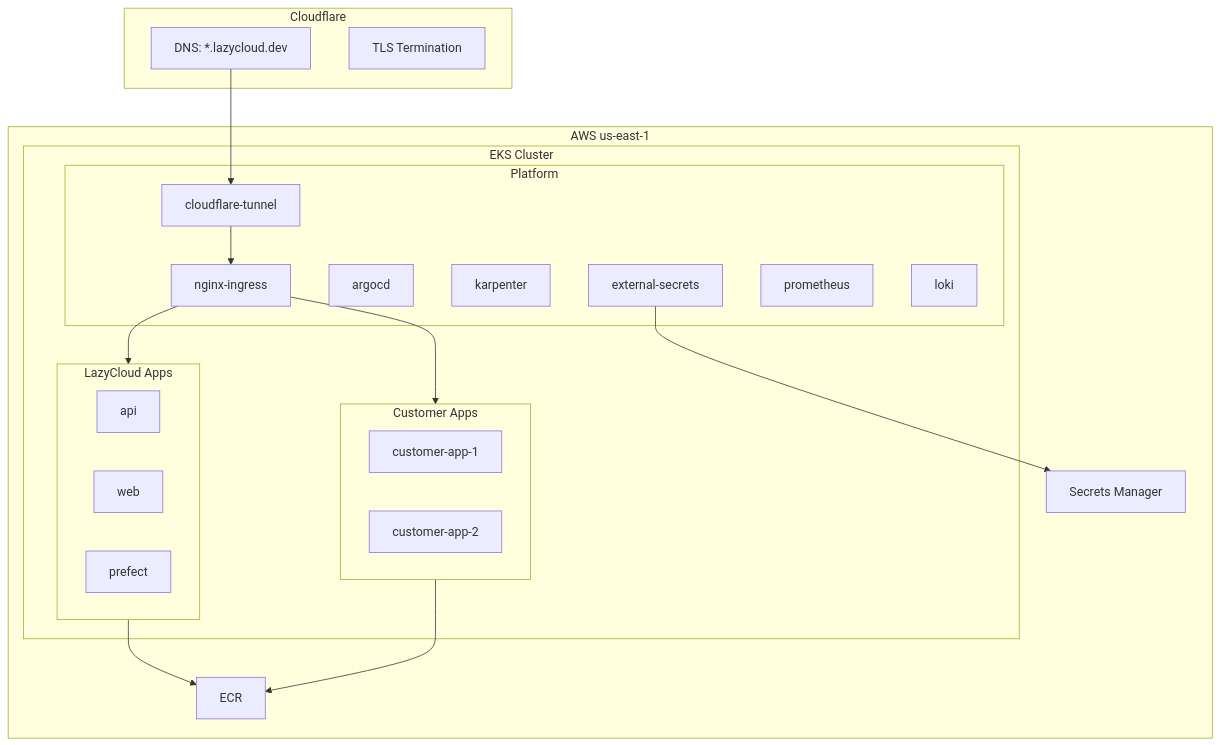
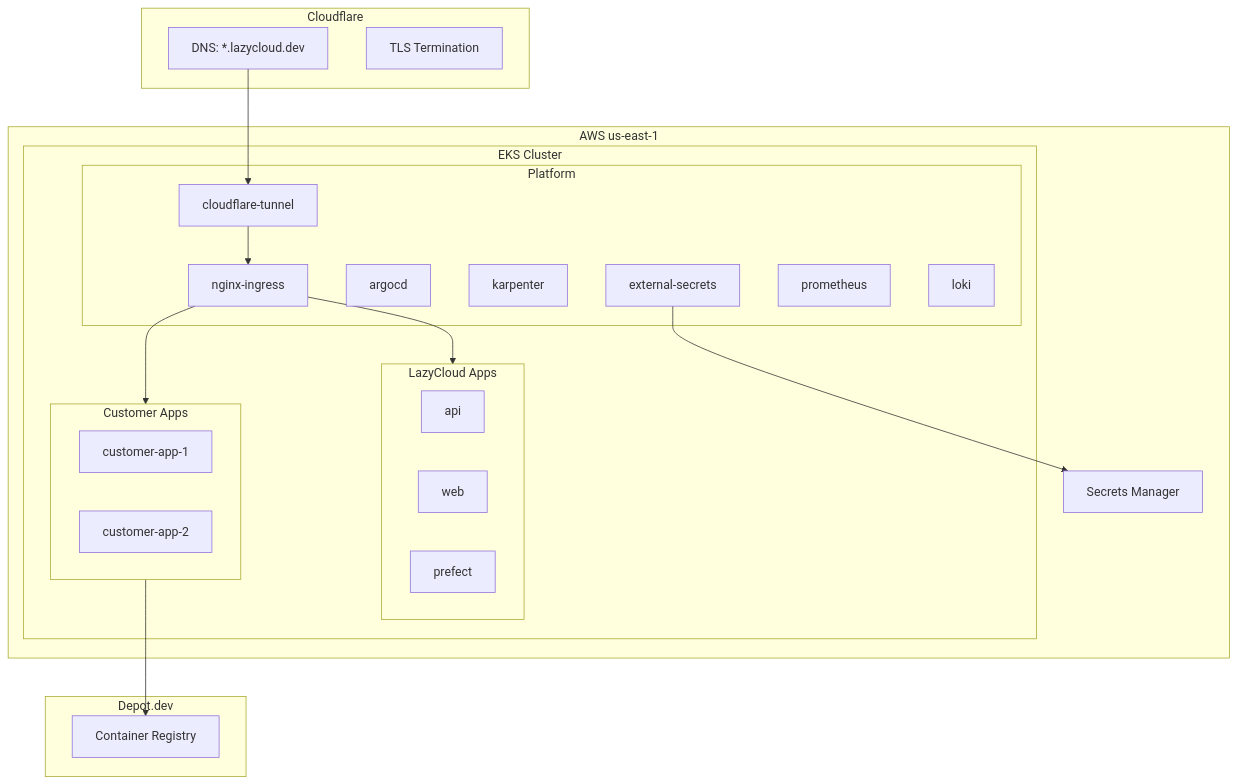
The second of 4 diagrams in docs/architecture.md (AmbientWare/lazycloud), drawn with Mermaid before and after one commit. The commit also changed 4 other files, not shown here.

````diff
--- a/docs/architecture.md
+++ b/docs/architecture.md
@@ -31,43 +31,45 @@
 ```mermaid
 flowchart TB
     subgraph Cloudflare
         DNS[DNS: *.lazycloud.dev]
         TLS[TLS Termination]
     end
 
     subgraph AWS[AWS us-east-1]
         subgraph EKS[EKS Cluster]
             subgraph Platform
                 Tunnel[cloudflare-tunnel]
                 NGINX[nginx-ingress]
                 ArgoCD[argocd]
                 Karpenter[karpenter]
                 ESO[external-secrets]
                 Prometheus[prometheus]
                 Loki[loki]
             end
 
             subgraph LazyCloud[LazyCloud Apps]
                 API[api]
                 Web[web]
                 Prefect[prefect]
             end
 
             subgraph Customer[Customer Apps]
                 App1[customer-app-1]
                 App2[customer-app-2]
             end
         end
 
         SM[Secrets Manager]
-        ECR[ECR]
+    end
+
+    subgraph Depot[Depot.dev]
+        Registry[Container Registry]
     end
 
     DNS --> Tunnel
     Tunnel --> NGINX
     NGINX --> LazyCloud
     NGINX --> Customer
     ESO --> SM
-    LazyCloud --> ECR
-    Customer --> ECR
+    Customer --> Registry
 ```
````
